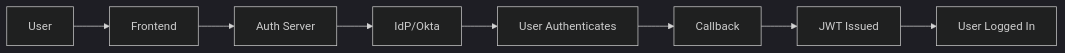
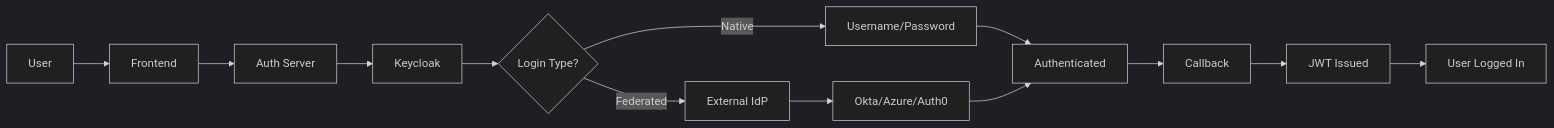
The first of 10 diagrams in v2/docs/user-flows.md (Shidhanta95/Autherization-Server), drawn with Mermaid (dark theme) before and after one commit. The commit also changed other lines of this file and 11 other files, not shown here.

Commit message:
added federated sso login for authentication

````diff
--- a/v2/docs/user-flows.md
+++ b/v2/docs/user-flows.md
@@ -9,10 +11,15 @@
 ```mermaid
 graph LR
     A[User] --> B[Frontend]
     B --> C[Auth Server]
-    C --> D[IdP/Okta]
-    D --> E[User Authenticates]
-    E --> F[Callback]
-    F --> G[JWT Issued]
-    G --> H[User Logged In]
+    C --> D[Keycloak]
+    D --> E{Login Type?}
+    E -->|Native| F[Username/Password]
+    E -->|Federated| G[External IdP]
+    G --> H[Okta/Azure/Auth0]
+    F --> I[Authenticated]
+    H --> I
+    I --> J[Callback]
+    J --> K[JWT Issued]
+    K --> L[User Logged In]
 ```
````
